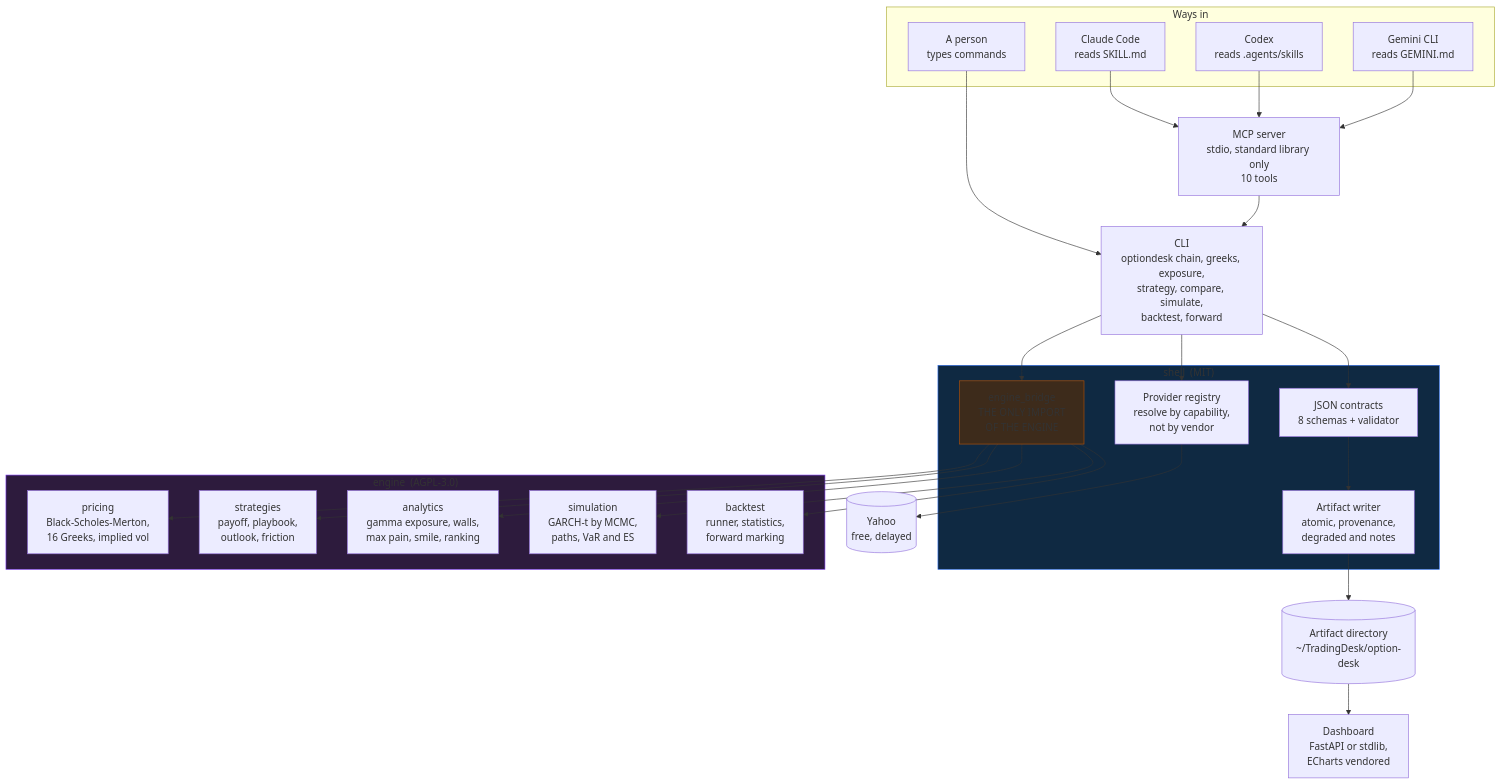
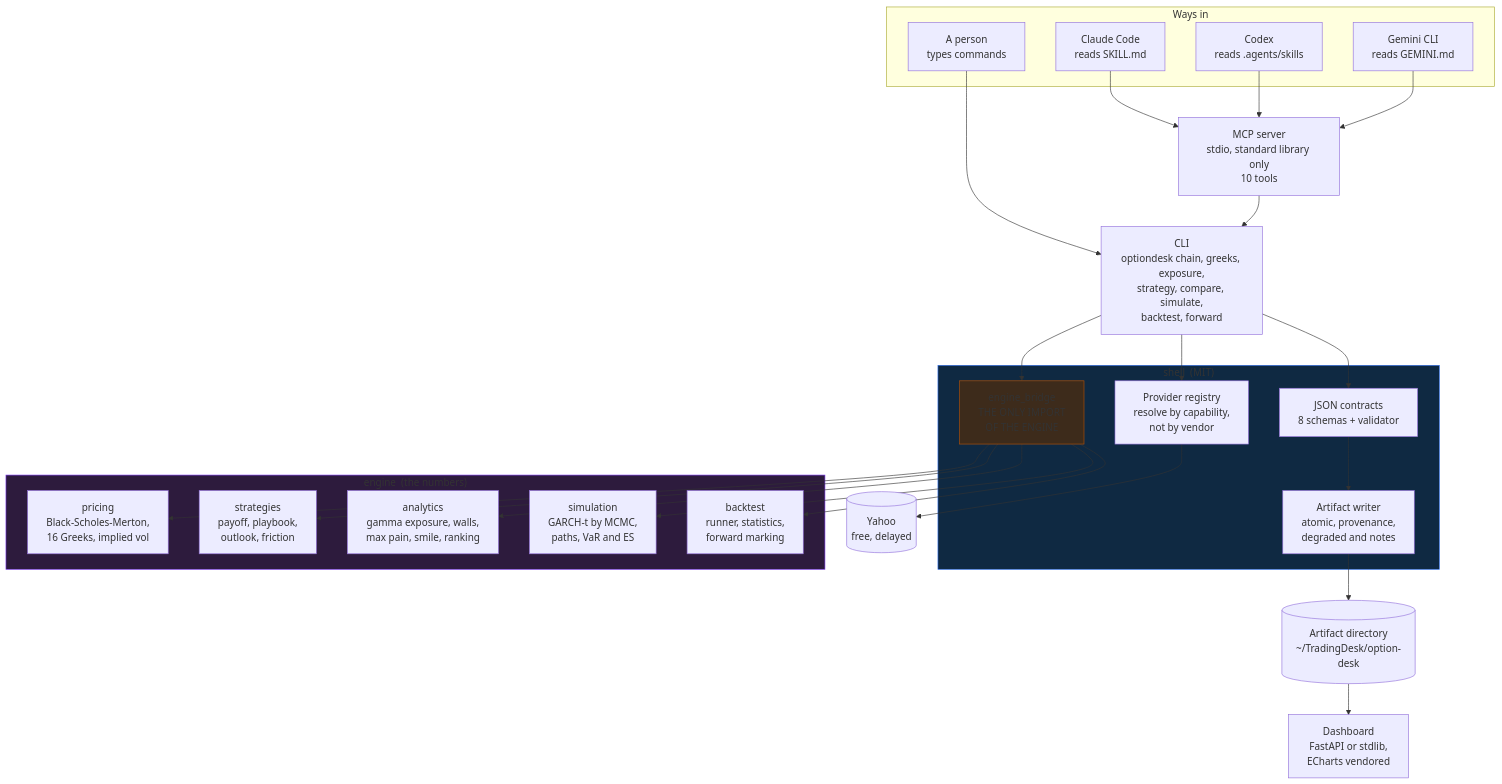
One commit to Iman/agent-driven-options-desk-and-skills changed the first of 7 diagrams in README.md. Above: the diagram before and after it, drawn with Mermaid. The commit also changed other lines of this file and 47 other files, not shown here.

````diff
--- a/README.md
+++ b/README.md
@@ -201,53 +201,53 @@
 ```mermaid
 flowchart TB
     subgraph clients["Ways in"]
         claude["Claude Code<br/>reads SKILL.md"]
         codex["Codex<br/>reads .agents/skills"]
         gemini["Gemini CLI<br/>reads GEMINI.md"]
         human["A person<br/>types commands"]
     end
 
     mcp["MCP server<br/>stdio, standard library only<br/>10 tools"]
     cli["CLI<br/>optiondesk chain, greeks, exposure,<br/>strategy, compare, simulate,<br/>backtest, forward"]
 
     subgraph shell["shell &nbsp;(MIT)"]
         providers["Provider registry<br/>resolve by capability,<br/>not by vendor"]
         contracts["JSON contracts<br/>8 schemas + validator"]
         artifacts["Artifact writer<br/>atomic, provenance,<br/>degraded and notes"]
         bridge["engine_bridge<br/>THE ONLY IMPORT<br/>OF THE ENGINE"]
     end
 
-    subgraph engine["engine &nbsp;(AGPL-3.0)"]
+    subgraph engine["engine &nbsp;(the numbers)"]
         pricing["pricing<br/>Black-Scholes-Merton,<br/>16 Greeks, implied vol"]
         strategies["strategies<br/>payoff, playbook,<br/>outlook, friction"]
         analytics["analytics<br/>gamma exposure, walls,<br/>max pain, smile, ranking"]
         simulation["simulation<br/>GARCH-t by MCMC,<br/>paths, VaR and ES"]
         backtest["backtest<br/>runner, statistics,<br/>forward marking"]
     end
 
     yahoo[("Yahoo<br/>free, delayed")]
     disk[("Artifact directory<br/>~/TradingDesk/option-desk")]
     dash["Dashboard<br/>FastAPI or stdlib,<br/>ECharts vendored"]
 
     claude --> mcp
     codex --> mcp
     gemini --> mcp
     human --> cli
     mcp --> cli
     cli --> providers
     cli --> bridge
     providers --> yahoo
     bridge --> pricing
     bridge --> strategies
     bridge --> analytics
     bridge --> simulation
     bridge --> backtest
     cli --> contracts
     contracts --> artifacts
     artifacts --> disk
     disk --> dash
 
     style engine fill:#2d1b3d,stroke:#7c3aed
     style shell fill:#0f2942,stroke:#2f6feb
     style bridge fill:#3d2b1b,stroke:#b45309
 ```
````
